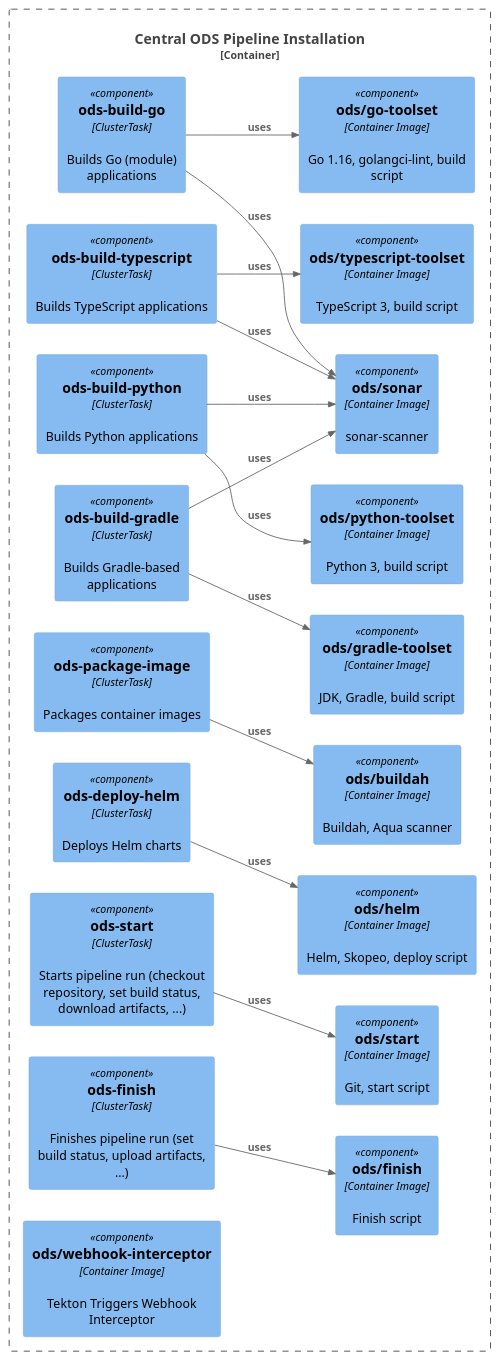
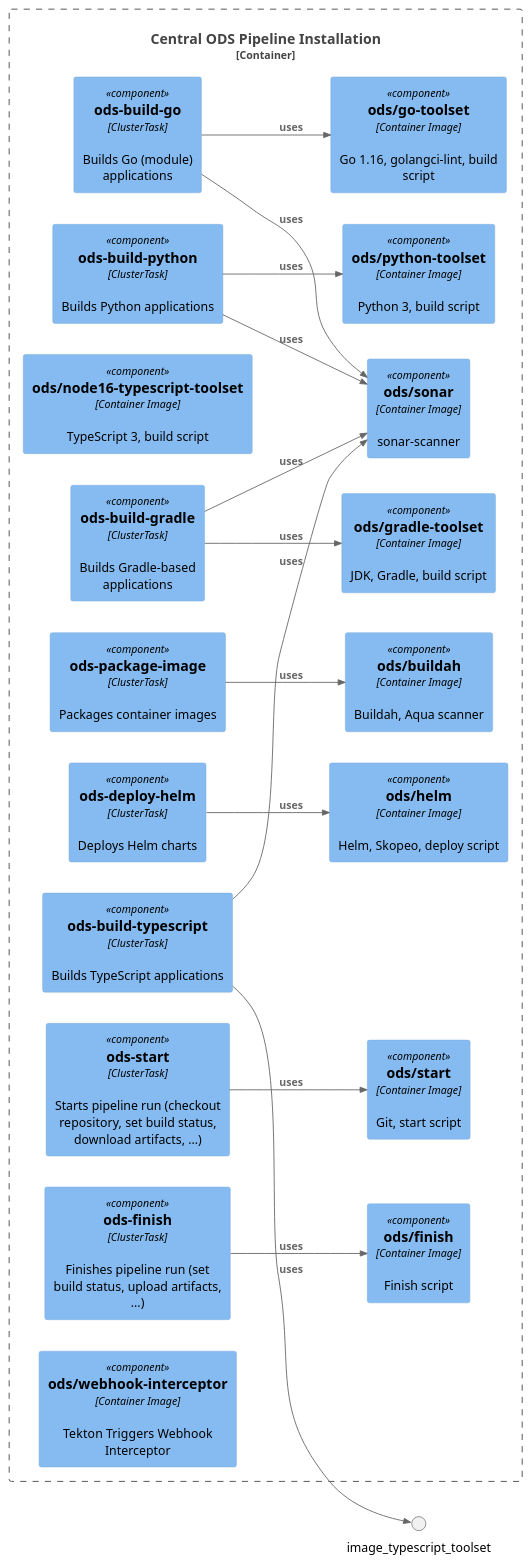
The diagram in docs/architecture/component-central-installation.puml (opendevstack/ods-pipeline), drawn with PlantUML before and after one commit. The commit also changed 5 other files, not shown here.

Commit message:
update references of typescript-toolset

```diff
--- a/docs/architecture/component-central-installation.puml
+++ b/docs/architecture/component-central-installation.puml
@@ -1,59 +1,59 @@
 @startuml "central-installation"
 !include https://raw.githubusercontent.com/plantuml-stdlib/C4-PlantUML/master/C4_Container.puml
 !include https://raw.githubusercontent.com/plantuml-stdlib/C4-PlantUML/master/C4_Component.puml
 ' uncomment the following line and comment the first to use locally
 ' !include C4_Container.puml
 
 LAYOUT_LEFT_RIGHT()
 
 Container_Boundary(c1, "Central ODS Pipeline Installation"){
     Component(task_build_go, "ods-build-go", "ClusterTask", "Builds Go (module) applications")
     Component(image_go_toolset, "ods/go-toolset", "Container Image", "Go 1.16, golangci-lint, build script")
 
     Component(task_build_typescript, "ods-build-typescript", "ClusterTask", "Builds TypeScript applications")
-    Component(image_typescript_toolset, "ods/typescript-toolset", "Container Image", "TypeScript 3, build script")
+    Component(image_node16_typescript_toolset, "ods/node16-typescript-toolset", "Container Image", "TypeScript 3, build script")
 
     Component(task_build_python, "ods-build-python", "ClusterTask", "Builds Python applications")
     Component(image_python_toolset, "ods/python-toolset", "Container Image", "Python 3, build script")
 
     Component(task_build_gradle, "ods-build-gradle", "ClusterTask", "Builds Gradle-based applications")
     Component(image_gradle_toolset, "ods/gradle-toolset", "Container Image", "JDK, Gradle, build script")
 
     Component(task_package_image, "ods-package-image", "ClusterTask", "Packages container images")
     Component(image_buildah, "ods/buildah", "Container Image", "Buildah, Aqua scanner")
 
     Component(task_deploy_helm, "ods-deploy-helm", "ClusterTask", "Deploys Helm charts")
     Component(image_helm, "ods/helm", "Container Image", "Helm, Skopeo, deploy script")
 
     Component(task_start, "ods-start", "ClusterTask", "Starts pipeline run (checkout repository, set build status, download artifacts, ...)")
     Component(image_start, "ods/start", "Container Image", "Git, start script")
 
     Component(task_finish, "ods-finish", "ClusterTask", "Finishes pipeline run (set build status, upload artifacts, ...)")
     Component(image_finish, "ods/finish", "Container Image", "Finish script")
 
     Component(image_sonar, "ods/sonar", "Container Image", "sonar-scanner")
 
     Component(image_webhook_interceptor, "ods/webhook-interceptor", "Container Image", "Tekton Triggers Webhook Interceptor")
 }
 
 Rel(task_build_go, image_go_toolset, "uses")
 Rel(task_build_go, image_sonar, "uses")
 
 Rel(task_build_typescript, image_typescript_toolset, "uses")
 Rel(task_build_typescript, image_sonar, "uses")
 
 Rel(task_build_python, image_python_toolset, "uses")
 Rel(task_build_python, image_sonar, "uses")
 
 Rel(task_build_gradle, image_gradle_toolset, "uses")
 Rel(task_build_gradle, image_sonar, "uses")
 
 Rel(task_package_image, image_buildah, "uses")
 
 Rel(task_deploy_helm, image_helm, "uses")
 
 Rel(task_start, image_start, "uses")
 
 Rel(task_finish, image_finish, "uses")
 
 @enduml
```
